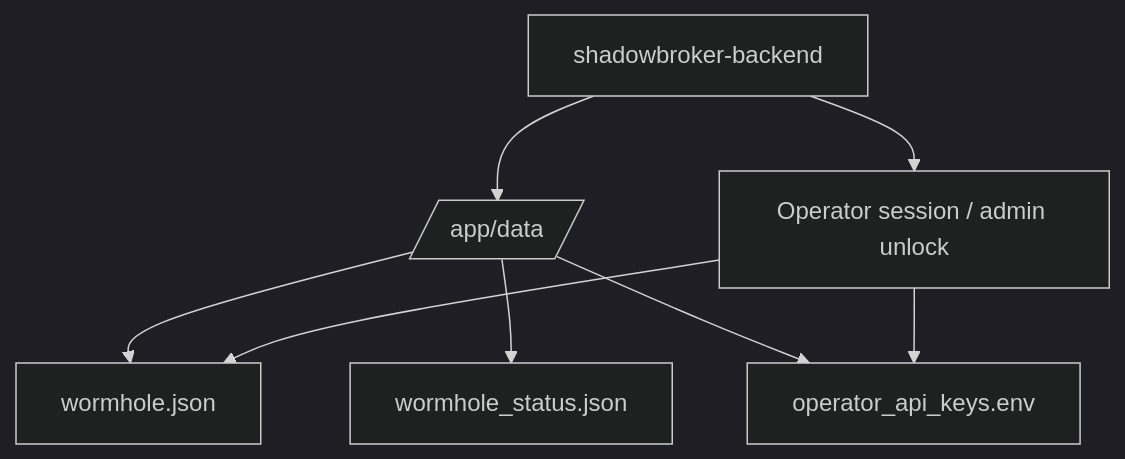
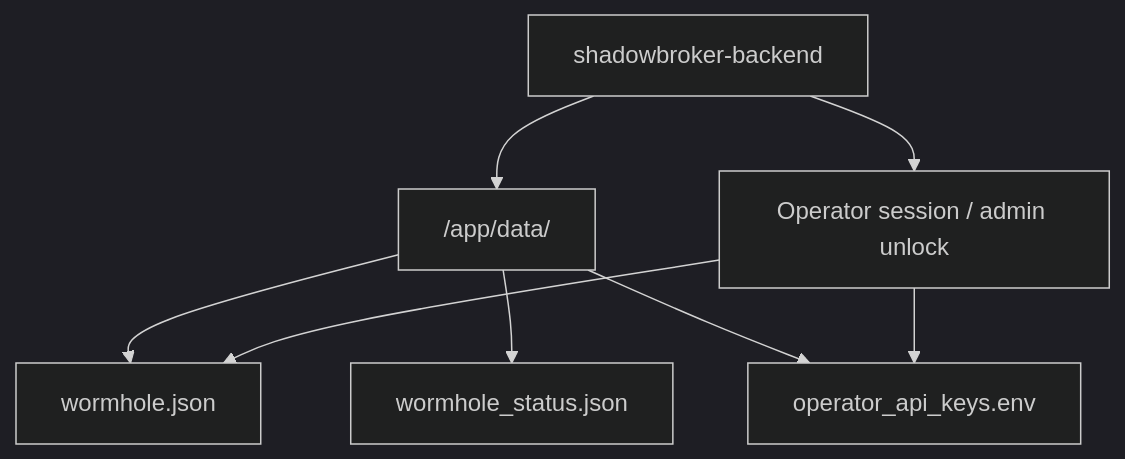
The ninth of 16 diagrams in ShadowBroker_Complete_Documentation_Runbook.md (pirocorp/Ubuntu-Media-Server-Homelab-Setup-Guide), drawn with Mermaid (dark theme) before and after one commit. The commit also changed other lines of this file, not shown here.

````diff
--- a/ShadowBroker_Complete_Documentation_Runbook.md
+++ b/ShadowBroker_Complete_Documentation_Runbook.md
@@ -557,10 +557,10 @@
 ```mermaid
 flowchart TD
-    Backend[shadowbroker-backend] --> AppData[/app/data/]
-    AppData --> Identity[wormhole.json]
-    AppData --> Status[wormhole_status.json]
-    AppData --> Keys[operator_api_keys.env]
-    Backend --> OperatorSession[Operator session / admin unlock]
+    Backend["shadowbroker-backend"] --> AppData["/app/data/"]
+    AppData --> Identity["wormhole.json"]
+    AppData --> Status["wormhole_status.json"]
+    AppData --> Keys["operator_api_keys.env"]
+    Backend --> OperatorSession["Operator session / admin unlock"]
     OperatorSession --> Identity
     OperatorSession --> Keys
 ```
````
